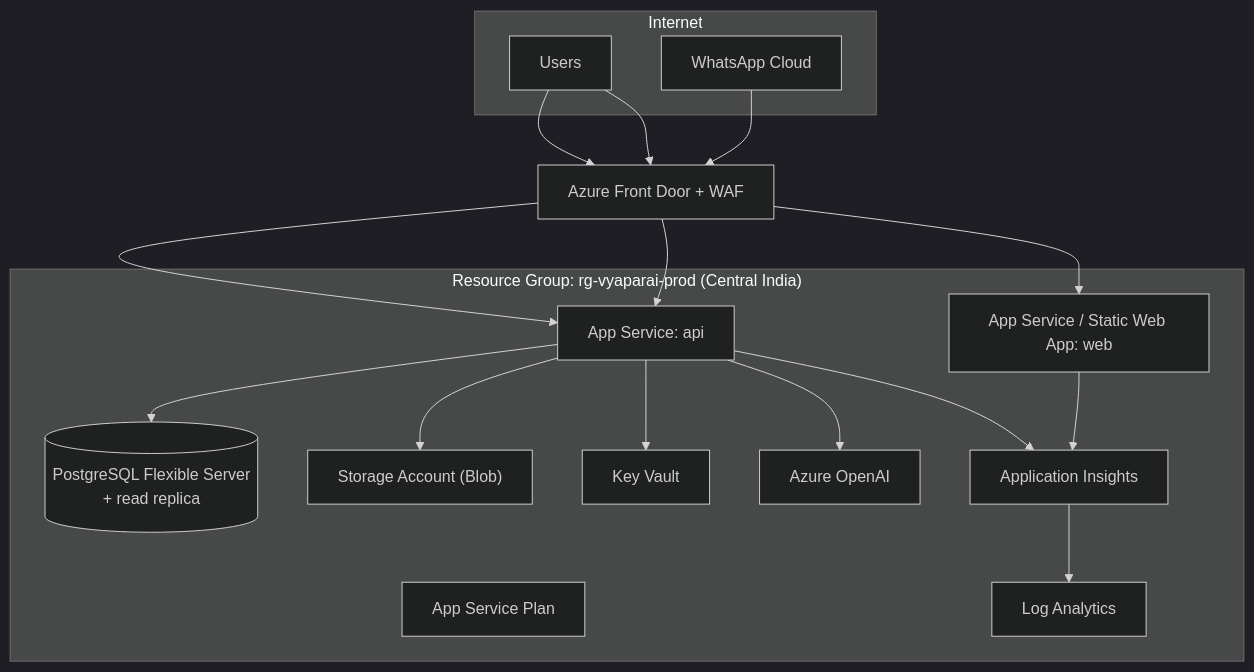
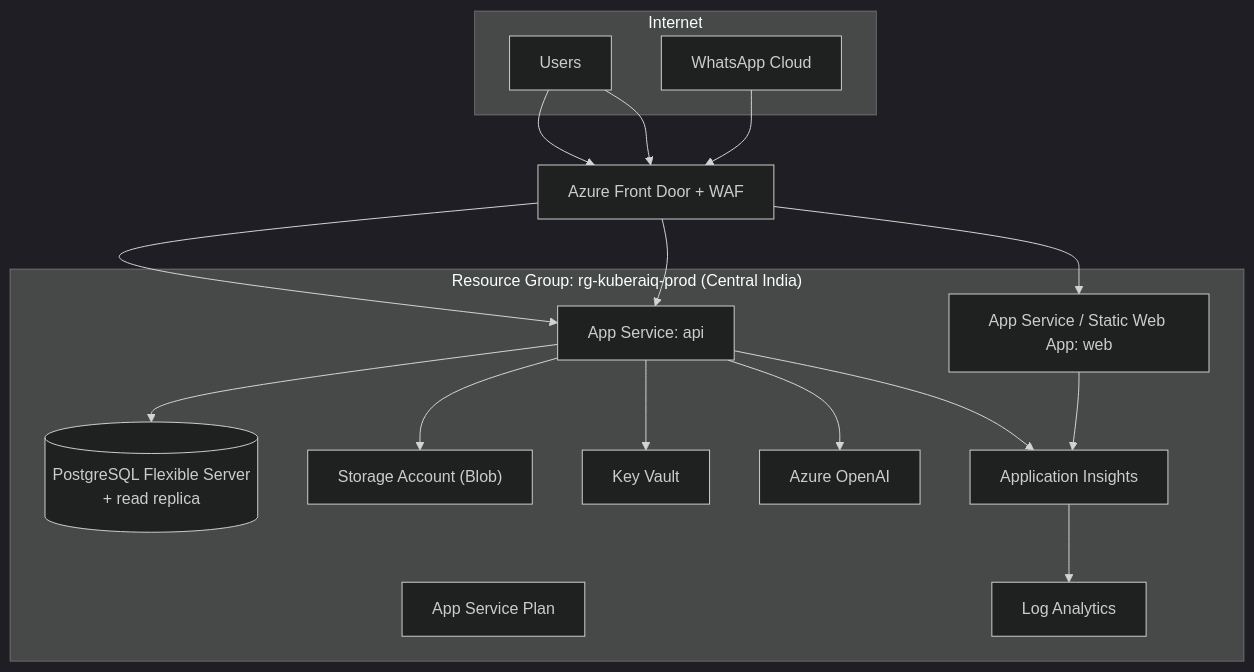
The eighth of 8 diagrams in docs/05-architecture.md (VinayKDH/KuberAIQ), drawn with Mermaid (dark theme) before and after one commit. The commit also changed other lines of this file and 287 other files, not shown here.

````diff
--- a/docs/05-architecture.md
+++ b/docs/05-architecture.md
@@ -249,28 +249,28 @@
 ```mermaid
 graph TB
     subgraph Internet
         USER[Users]
         WAAPI[WhatsApp Cloud]
     end
     FD["Azure Front Door + WAF"]
-    subgraph RG["Resource Group: rg-vyaparai-prod (Central India)"]
+    subgraph RG["Resource Group: rg-kuberaiq-prod (Central India)"]
         ASP["App Service Plan"]
         BE["App Service: api"]
         FE["App Service / Static Web App: web"]
         PG[("PostgreSQL Flexible Server\n+ read replica")]
         BLOB["Storage Account (Blob)"]
         KV["Key Vault"]
         AOAI["Azure OpenAI"]
         AI2["Application Insights"]
         LAW["Log Analytics"]
     end
     USER --> FD --> FE
     USER --> FD --> BE
     WAAPI --> FD --> BE
     BE --> PG
     BE --> BLOB
     BE --> KV
     BE --> AOAI
     BE --> AI2 --> LAW
     FE --> AI2
 ```
````
